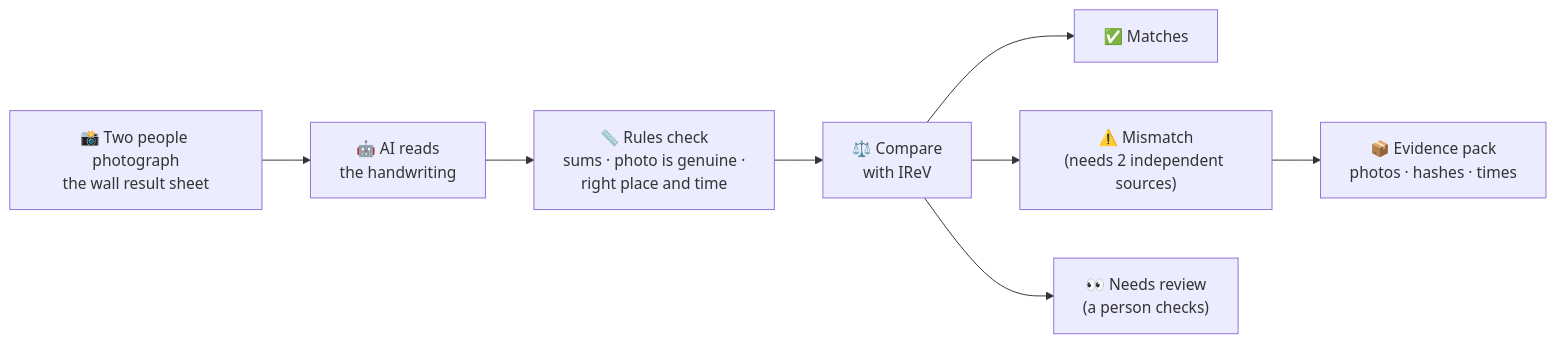
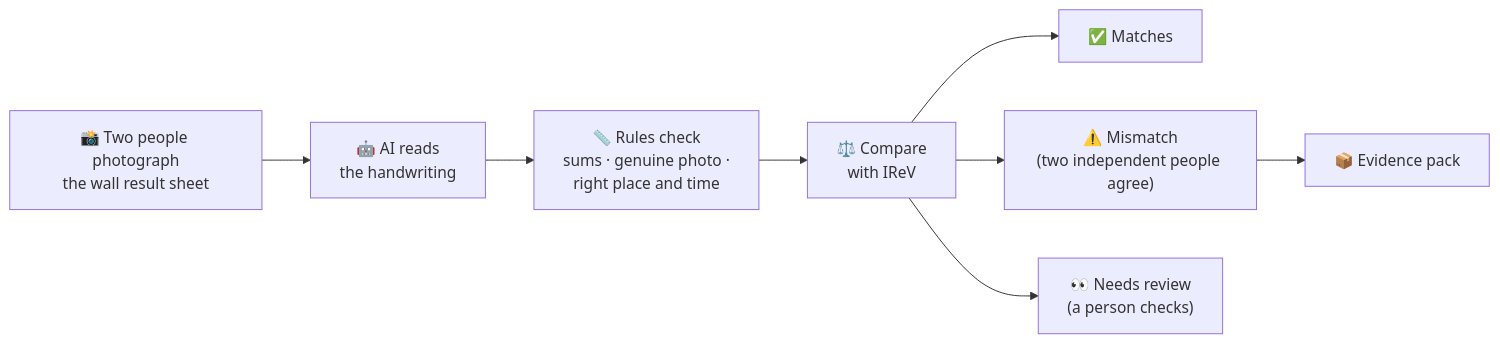
Before and after one commit to abdulmujeeb29/vote-trail: the third of 4 diagrams in docs/system-sketch.md, drawn with Mermaid. The commit also changed other lines of this file and 3 other files, not shown here.

````diff
--- a/docs/system-sketch.md
+++ b/docs/system-sketch.md
@@ -38,8 +43,8 @@
 ```mermaid
 flowchart LR
-    P["📸 Two people photograph<br/>the wall result sheet"] --> R["🤖 AI reads<br/>the handwriting"] --> K["📏 Rules check<br/>sums · photo is genuine ·<br/>right place and time"] --> C["⚖️ Compare<br/>with IReV"]
+    P["📸 Two people photograph<br/>the wall result sheet"] --> R["🤖 AI reads<br/>the handwriting"] --> K["📏 Rules check<br/>sums · genuine photo ·<br/>right place and time"] --> C["⚖️ Compare<br/>with IReV"]
     C --> M["✅ Matches"]
-    C --> X["⚠️ Mismatch<br/>(needs 2 independent sources)"]
+    C --> X["⚠️ Mismatch<br/>(two independent people agree)"]
     C --> N["👀 Needs review<br/>(a person checks)"]
-    X --> E["📦 Evidence pack<br/>photos · hashes · times"]
+    X --> E["📦 Evidence pack"]
 ```
````
